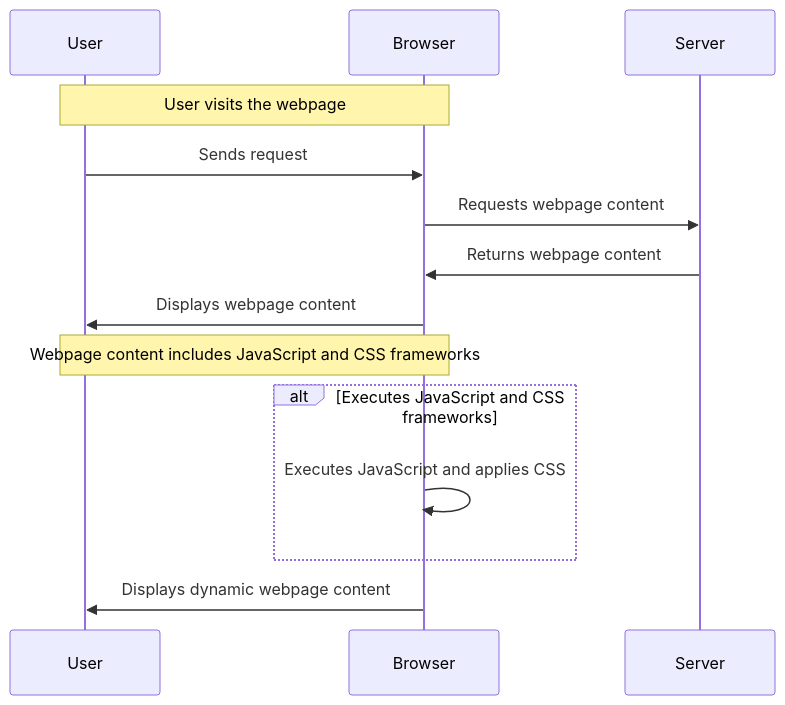
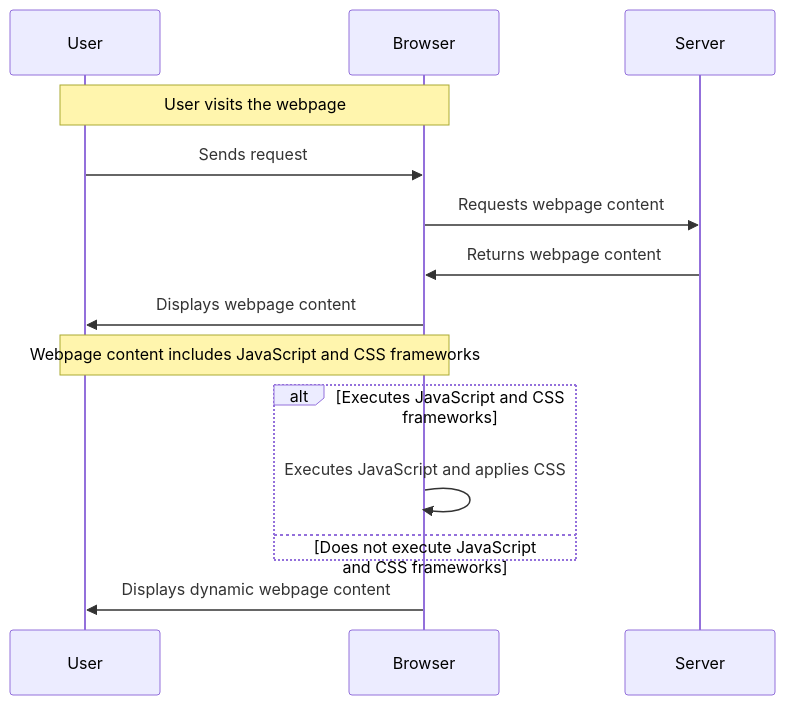
One commit to a920604a/engineernews changed the diagram in src/content/posts/product/_2026-05-23-may-the-4th-be-with-you.en.md. Above: the diagram before and after it, drawn with Mermaid. The commit also changed 4 other files, not shown here.

Commit message:
fix: auto-fix mermaid syntax errors in posts

````diff
--- a/src/content/posts/product/_2026-05-23-may-the-4th-be-with-you.en.md
+++ b/src/content/posts/product/_2026-05-23-may-the-4th-be-with-you.en.md
@@ -29,17 +29,18 @@
 ```mermaid
 sequenceDiagram
     participant User as User
     participant Browser as Browser
     participant Server as Server
 
     Note over User,Browser: User visits the webpage
     User->>Browser: Sends request
     Browser->>Server: Requests webpage content
     Server->>Browser: Returns webpage content
     Browser->>User: Displays webpage content
     Note over User,Browser: Webpage content includes JavaScript and CSS frameworks
     alt Executes JavaScript and CSS frameworks
         Browser->>Browser: Executes JavaScript and applies CSS
+    else Does not execute JavaScript and CSS frameworks
     end
     Browser->>User: Displays dynamic webpage content
 ```
````
